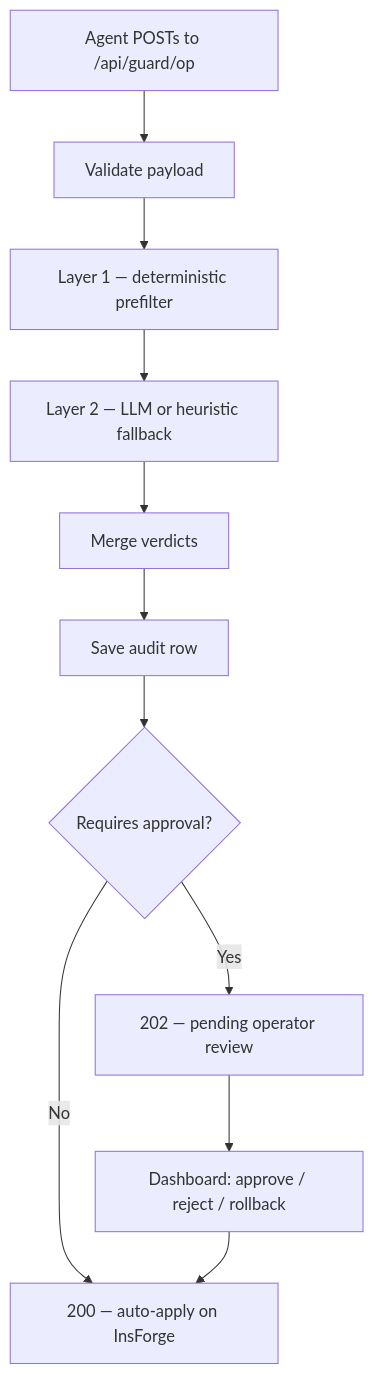
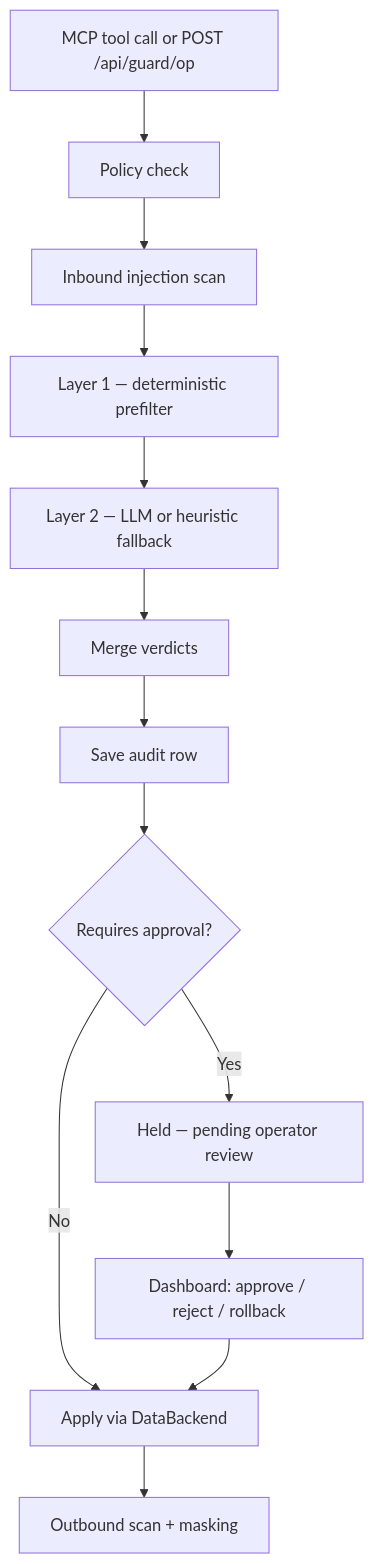
Before and after one commit to madhukoseke/ForgeGuard: the second of 2 diagrams in README.md, drawn with Mermaid. The commit also changed other lines of this file and 34 other files, not shown here.

First line of the commit message:
Add MCP middleware so AI agents access data through ForgeGuard's guarded audit pipeline.

````diff
--- a/README.md
+++ b/README.md
@@ -90,13 +185,15 @@
 ```mermaid
 flowchart TD
-  POST[Agent POSTs to /api/guard/op] --> V[Validate payload]
-  V --> P[Layer 1 — deterministic prefilter]
+  IN[MCP tool call or POST /api/guard/op] --> POL[Policy check]
+  POL --> INJ[Inbound injection scan]
+  INJ --> P[Layer 1 — deterministic prefilter]
   P --> C[Layer 2 — LLM or heuristic fallback]
   C --> M[Merge verdicts]
   M --> S[Save audit row]
   S --> Q{Requires approval?}
-  Q -->|No| A[200 — auto-apply on InsForge]
-  Q -->|Yes| W[202 — pending operator review]
+  Q -->|No| A[Apply via DataBackend]
+  Q -->|Yes| W[Held — pending operator review]
   W --> O[Dashboard: approve / reject / rollback]
   O --> A
+  A --> OUT[Outbound scan + masking]
 ```
````
